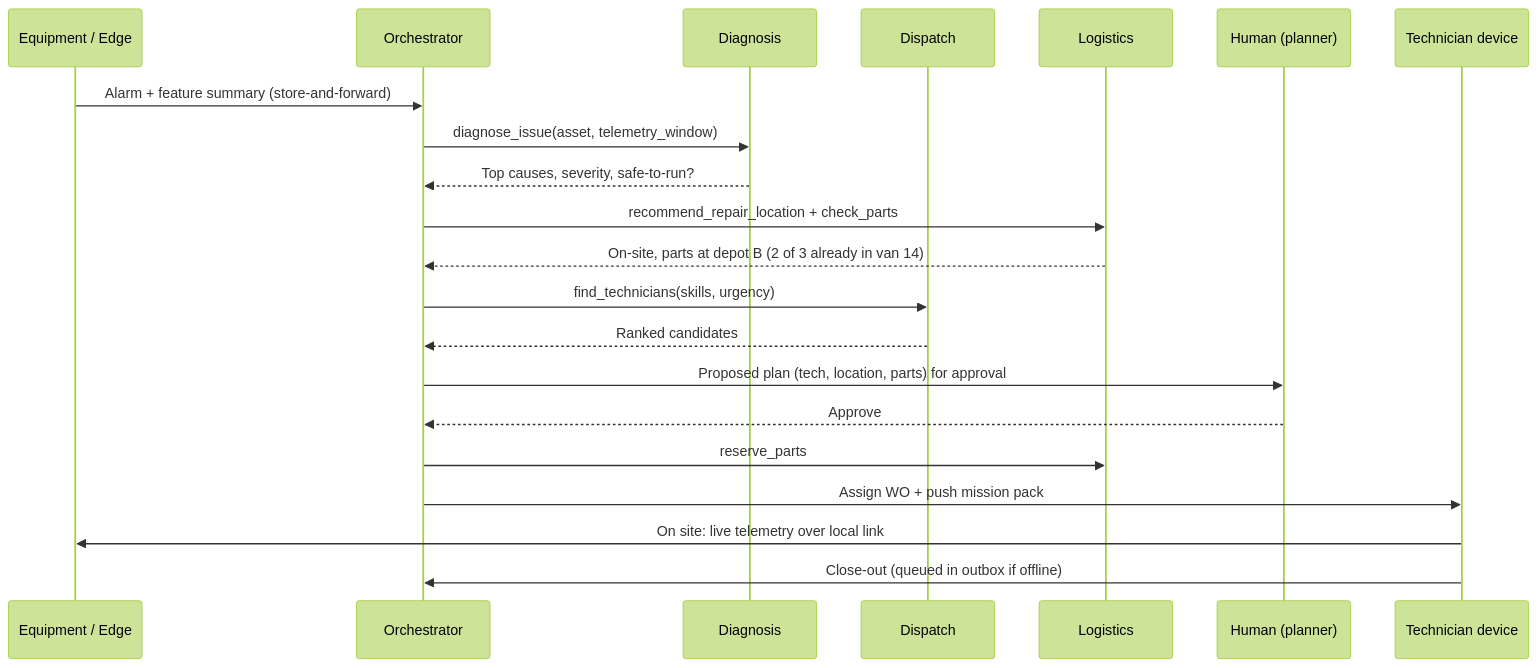
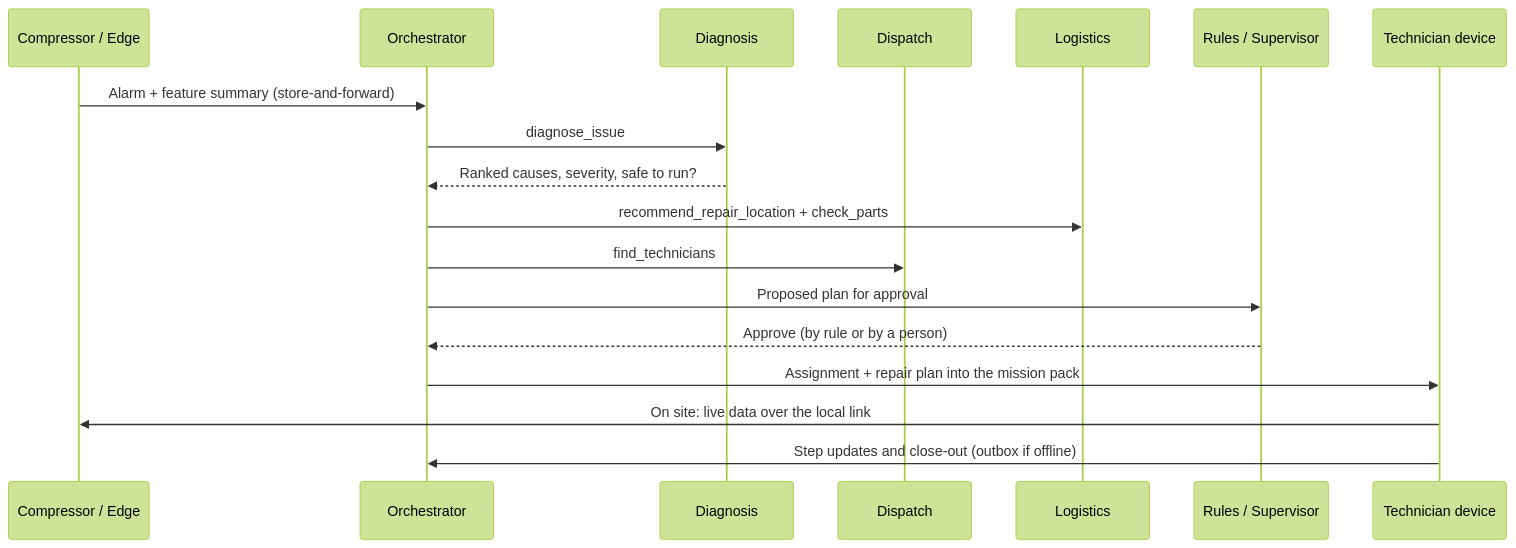
The second of 3 diagrams in docs/DESIGN.md (chandra50/hybrid-ai-service), drawn with Mermaid (forest theme) before and after one commit. The commit also changed other lines of this file and 21 other files, not shown here.

First line of the commit message:
Three modes, three places, and a live view of where agents run

````diff
--- a/docs/DESIGN.md
+++ b/docs/DESIGN.md
@@ -147,24 +123,21 @@
 ```mermaid
 sequenceDiagram
-  participant EQ as Equipment / Edge
+  participant EQ as Compressor / Edge
   participant ORCH as Orchestrator
   participant DX as Diagnosis
   participant DS as Dispatch
   participant LG as Logistics
-  participant H as Human (planner)
+  participant H as Rules / Supervisor
   participant T as Technician device
 
   EQ->>ORCH: Alarm + feature summary (store-and-forward)
-  ORCH->>DX: diagnose_issue(asset, telemetry_window)
-  DX-->>ORCH: Top causes, severity, safe-to-run?
+  ORCH->>DX: diagnose_issue
+  DX-->>ORCH: Ranked causes, severity, safe to run?
   ORCH->>LG: recommend_repair_location + check_parts
-  LG-->>ORCH: On-site, parts at depot B (2 of 3 already in van 14)
-  ORCH->>DS: find_technicians(skills, urgency)
-  DS-->>ORCH: Ranked candidates
-  ORCH->>H: Proposed plan (tech, location, parts) for approval
-  H-->>ORCH: Approve
-  ORCH->>LG: reserve_parts
-  ORCH->>T: Assign WO + push mission pack
-  T->>EQ: On site: live telemetry over local link
-  T->>ORCH: Close-out (queued in outbox if offline)
+  ORCH->>DS: find_technicians
+  ORCH->>H: Proposed plan for approval
+  H-->>ORCH: Approve (by rule or by a person)
+  ORCH->>T: Assignment + repair plan into the mission pack
+  T->>EQ: On site: live data over the local link
+  T->>ORCH: Step updates and close-out (outbox if offline)
 ```
````
